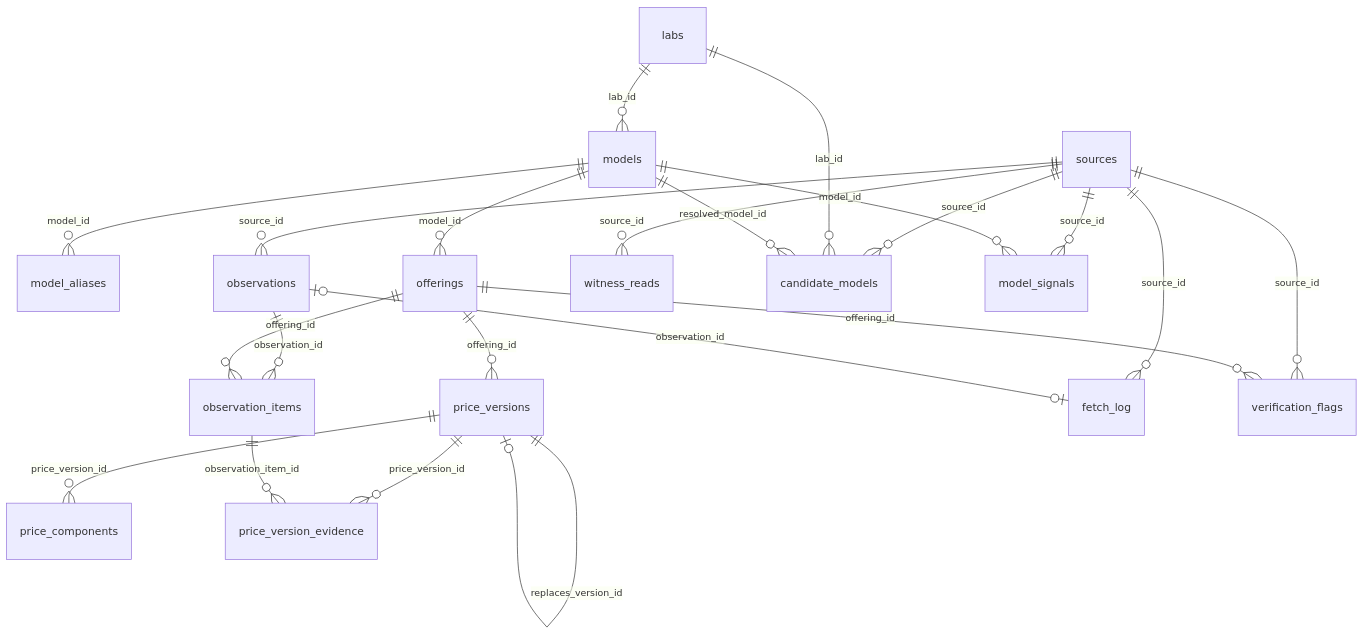
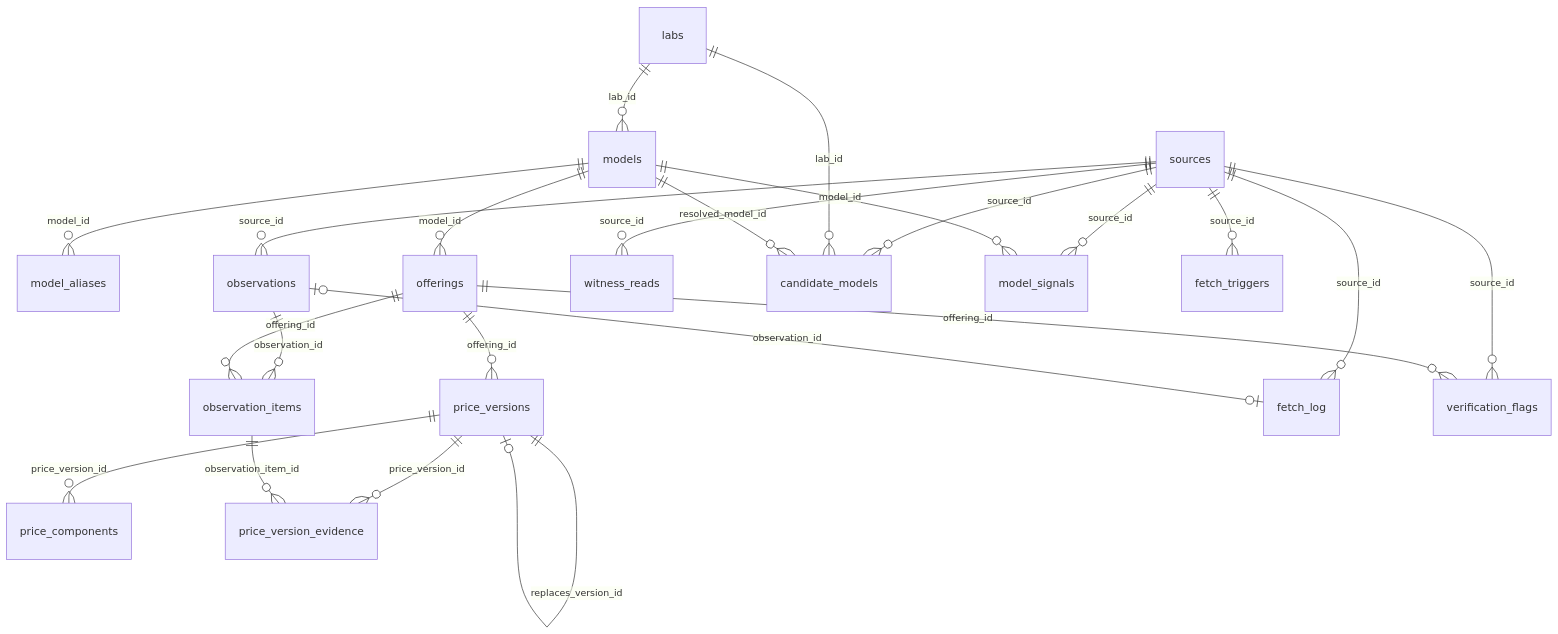
Before and after one commit to theidlebranch/priceTrail: the diagram in docs/price-tables.md, drawn with Mermaid. The commit also changed other lines of this file and 6 other files, not shown here.

Commit message:
Add the fetch_triggers table, so a witness disagreement can ask for an official visit without writing a price.

````diff
--- a/docs/price-tables.md
+++ b/docs/price-tables.md
@@ -11,24 +11,25 @@
 ```mermaid
 erDiagram
   labs ||--o{ models : "lab_id"
   models ||--o{ model_aliases : "model_id"
   models ||--o{ offerings : "model_id"
   offerings ||--o{ price_versions : "offering_id"
   price_versions ||--o{ price_components : "price_version_id"
   price_versions ||--o| price_versions : "replaces_version_id"
   price_versions ||--o{ price_version_evidence : "price_version_id"
   observation_items ||--o{ price_version_evidence : "observation_item_id"
   sources ||--o{ observations : "source_id"
   sources ||--o{ fetch_log : "source_id"
   observations |o--o| fetch_log : "observation_id"
   observations ||--o{ observation_items : "observation_id"
   offerings ||--o{ observation_items : "offering_id"
   sources ||--o{ witness_reads : "source_id"
   sources ||--o{ verification_flags : "source_id"
   offerings ||--o{ verification_flags : "offering_id"
   sources ||--o{ candidate_models : "source_id"
   labs ||--o{ candidate_models : "lab_id"
   models ||--o{ candidate_models : "resolved_model_id"
   sources ||--o{ model_signals : "source_id"
   models ||--o{ model_signals : "model_id"
+  sources ||--o{ fetch_triggers : "source_id"
 ```
````
